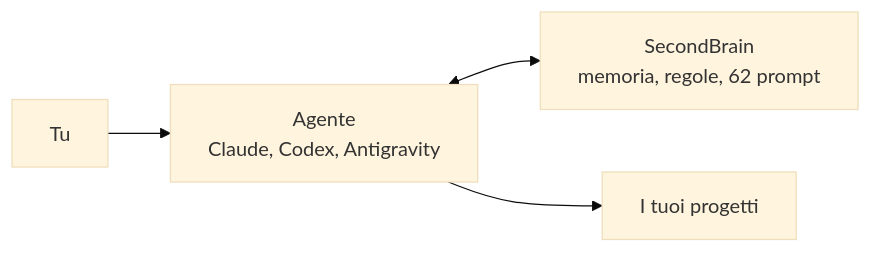
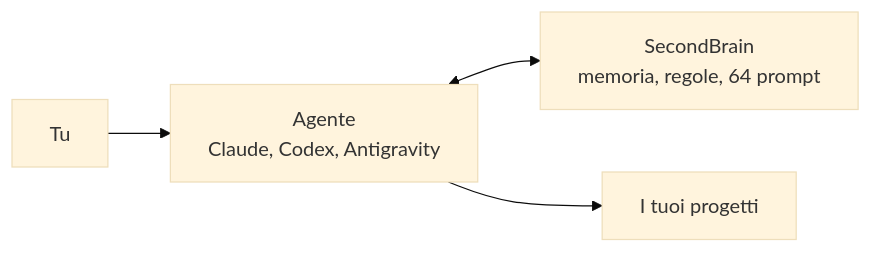
The first of 2 diagrams in README.md (dennidalpos/secondbrain), drawn with Mermaid (base theme) before and after one commit. The commit also changed other lines of this file and 19 other files, not shown here.

````diff
--- a/README.md
+++ b/README.md
@@ -9,6 +9,6 @@
 ```mermaid
 flowchart LR
     T["Tu"] --> A["Agente<br/>Claude, Codex, Antigravity"]
-    A <--> S["SecondBrain<br/>memoria, regole, 62 prompt"]
+    A <--> S["SecondBrain<br/>memoria, regole, 64 prompt"]
     A --> P["I tuoi progetti"]
 ```
````
